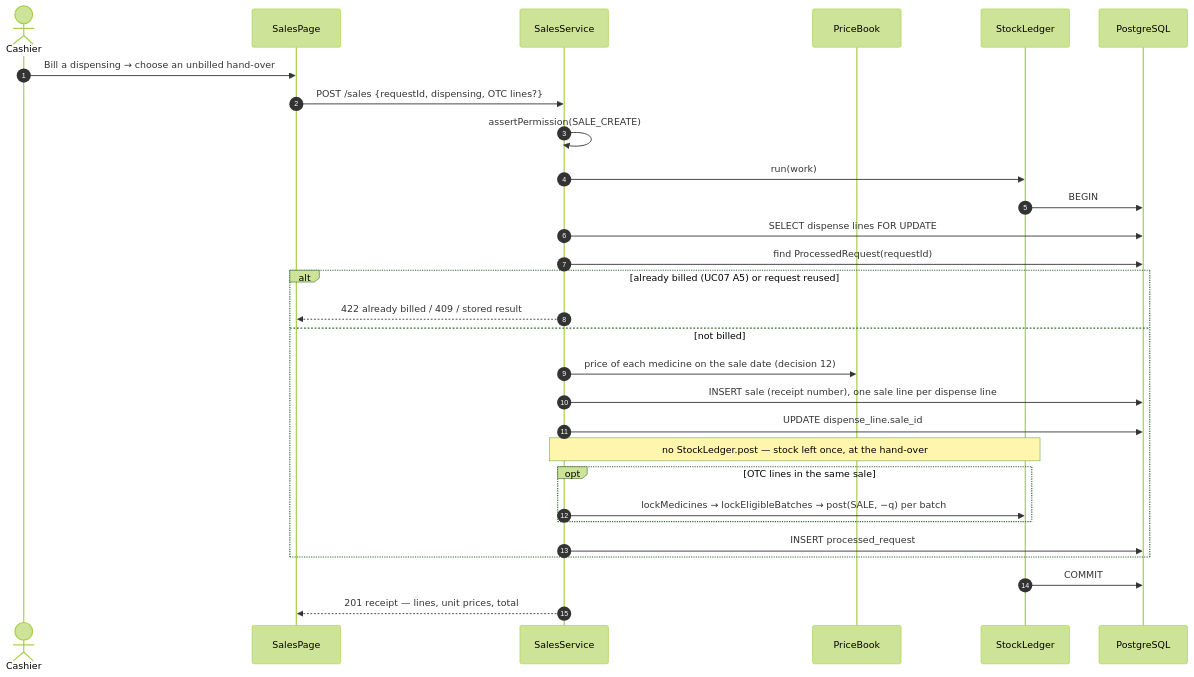
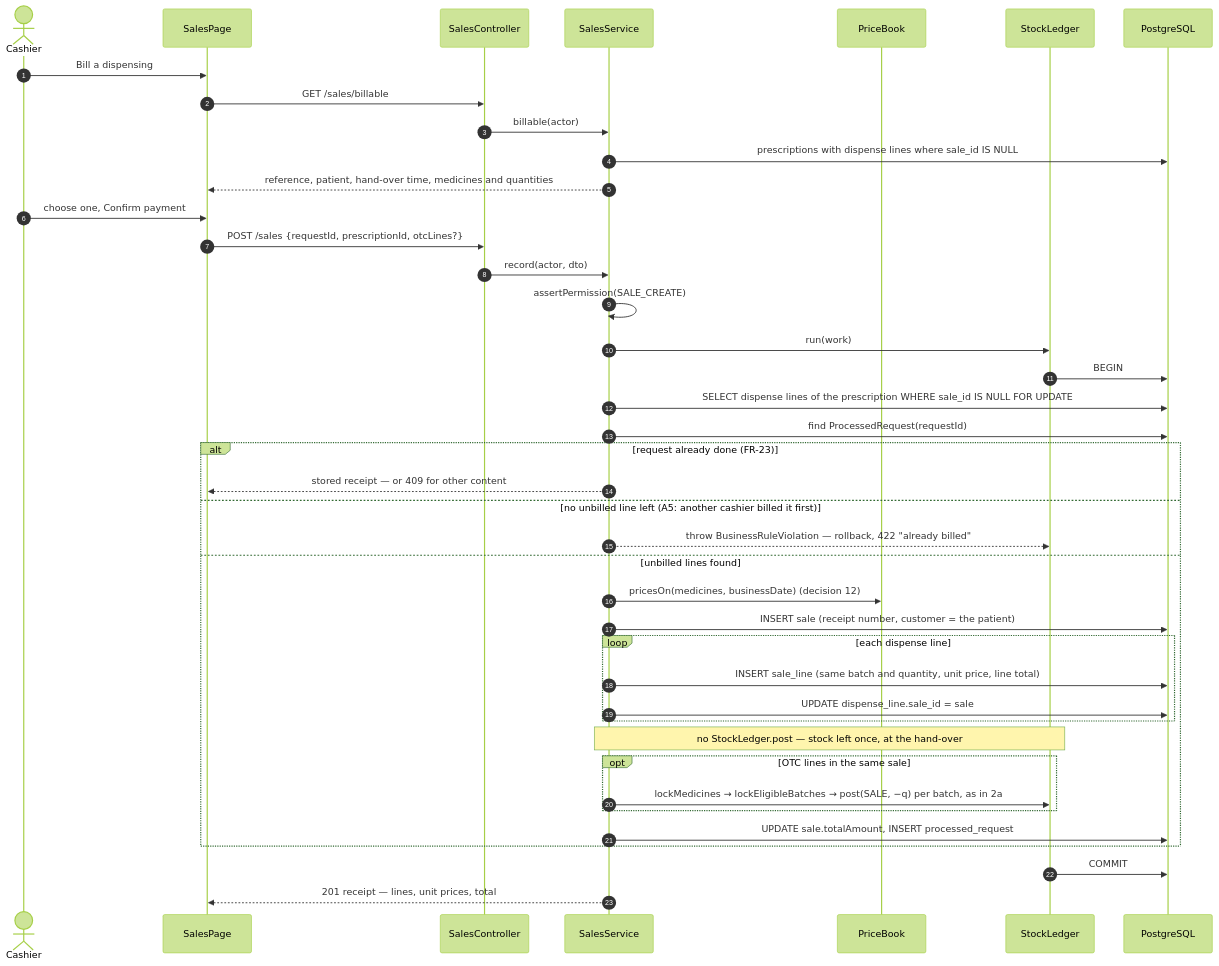
One commit to NeitLN/261_72ITSE41704_2474802010391_PharmacyStock changed the third of 4 diagrams in docs/diagrams/sequence-diagrams.md. Above: the diagram before and after it, drawn with Mermaid (forest theme). The commit also changed other lines of this file and 1 other file, not shown here.

Commit message:
Add the UC07 design gate: sale sequences, scenario table and API

````diff
--- a/docs/diagrams/sequence-diagrams.md
+++ b/docs/diagrams/sequence-diagrams.md
@@ -90,32 +162,44 @@
 ```mermaid
 sequenceDiagram
     autonumber
     actor K as Cashier
     participant UI as SalesPage
+    participant C as SalesController
     participant S as SalesService
     participant PB as PriceBook
     participant L as StockLedger
     participant DB as PostgreSQL
 
-    K->>UI: Bill a dispensing → choose an unbilled hand-over
-    UI->>S: POST /sales {requestId, dispensing, OTC lines?}
+    K->>UI: Bill a dispensing
+    UI->>C: GET /sales/billable
+    C->>S: billable(actor)
+    S->>DB: prescriptions with dispense lines where sale_id IS NULL
+    S-->>UI: reference, patient, hand-over time, medicines and quantities
+    K->>UI: choose one, Confirm payment
+    UI->>C: POST /sales {requestId, prescriptionId, otcLines?}
+    C->>S: record(actor, dto)
     S->>S: assertPermission(SALE_CREATE)
     S->>L: run(work)
     L->>DB: BEGIN
-    S->>DB: SELECT dispense lines FOR UPDATE
+    S->>DB: SELECT dispense lines of the prescription WHERE sale_id IS NULL FOR UPDATE
     S->>DB: find ProcessedRequest(requestId)
-    alt already billed (UC07 A5) or request reused
-        S-->>UI: 422 already billed / 409 / stored result
-    else not billed
-        S->>PB: price of each medicine on the sale date (decision 12)
-        S->>DB: INSERT sale (receipt number), one sale line per dispense line
-        S->>DB: UPDATE dispense_line.sale_id
+    alt request already done (FR-23)
+        S-->>UI: stored receipt — or 409 for other content
+    else no unbilled line left (A5: another cashier billed it first)
+        S-->>L: throw BusinessRuleViolation — rollback, 422 "already billed"
+    else unbilled lines found
+        S->>PB: pricesOn(medicines, businessDate) (decision 12)
+        S->>DB: INSERT sale (receipt number, customer = the patient)
+        loop each dispense line
+            S->>DB: INSERT sale_line (same batch and quantity, unit price, line total)
+            S->>DB: UPDATE dispense_line.sale_id = sale
+        end
         Note over S,L: no StockLedger.post — stock left once, at the hand-over
         opt OTC lines in the same sale
-            S->>L: lockMedicines → lockEligibleBatches → post(SALE, −q) per batch
+            S->>L: lockMedicines → lockEligibleBatches → post(SALE, −q) per batch, as in 2a
         end
-        S->>DB: INSERT processed_request
+        S->>DB: UPDATE sale.totalAmount, INSERT processed_request
     end
     L->>DB: COMMIT
     S-->>UI: 201 receipt — lines, unit prices, total
 ```
````
